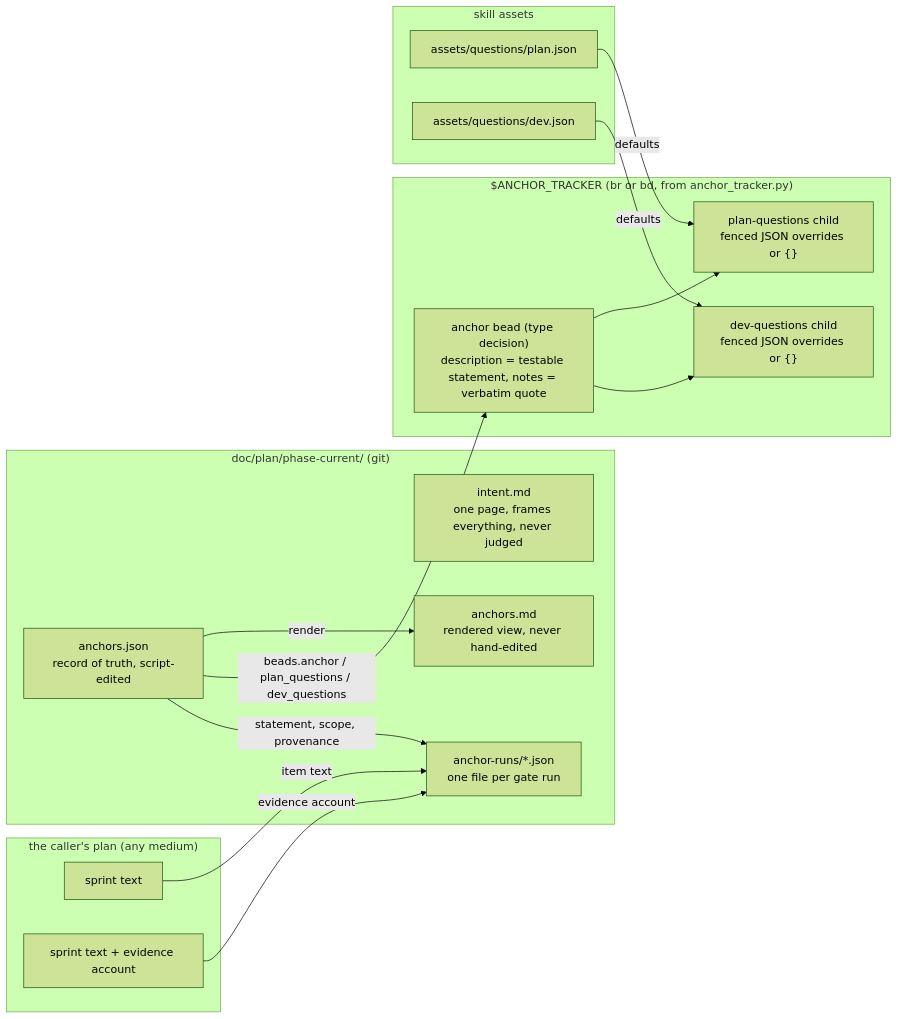
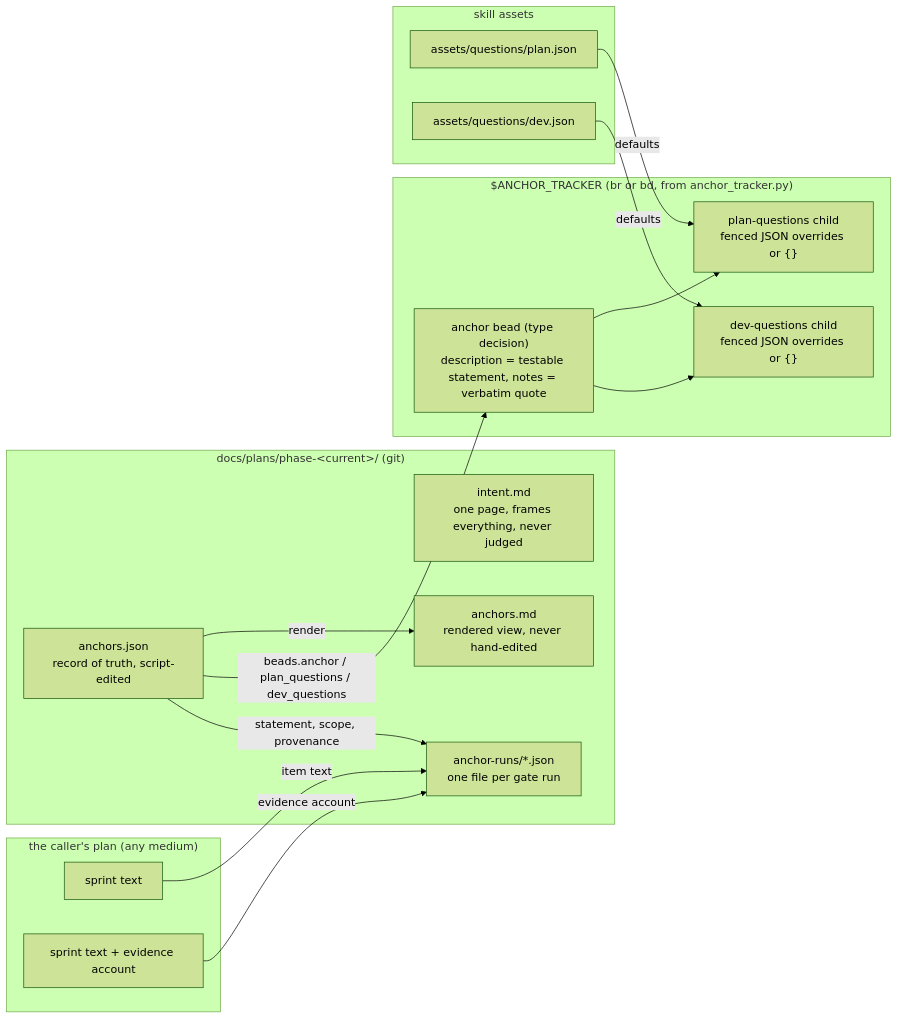
The first of 6 diagrams in docs/design/data-model-and-gating.md (randlee/plan-anchor), drawn with Mermaid (forest theme) before and after one commit. The commit also changed 50 other files, not shown here.

First line of the commit message:
fix: anchor record lives in docs/plans/phase-<current>, named by plan_dir (0.8.6)

````diff
--- a/docs/design/data-model-and-gating.md
+++ b/docs/design/data-model-and-gating.md
@@ -7,31 +7,31 @@
 ```mermaid
 flowchart LR
-    subgraph Plan["doc/plan/phase-current/ (git)"]
+    subgraph Plan["docs/plans/phase-#lt;current#gt;/ (git)"]
         Intent["intent.md<br/>one page, frames everything, never judged"]
         Rec["anchors.json<br/>record of truth, script-edited"]
         Md["anchors.md<br/>rendered view, never hand-edited"]
         Runs["anchor-runs/*.json<br/>one file per gate run"]
     end
     subgraph Beads["$ANCHOR_TRACKER (br or bd, from anchor_tracker.py)"]
         AB["anchor bead (type decision)<br/>description = testable statement, notes = verbatim quote"]
         PQ["plan-questions child<br/>fenced JSON overrides or {}"]
         DQ["dev-questions child<br/>fenced JSON overrides or {}"]
     end
     subgraph Caller["the caller's plan (any medium)"]
         PB["sprint text"]
         SB["sprint text + evidence account"]
     end
     subgraph SkillAssets["skill assets"]
         QP["assets/questions/plan.json"]
         QD["assets/questions/dev.json"]
     end
     Rec -- "render" --> Md
     Rec -- "beads.anchor / plan_questions / dev_questions" --> AB
     AB --> PQ
     AB --> DQ
     QP -- "defaults" --> PQ
     QD -- "defaults" --> DQ
     PB -- "item text" --> Runs
     SB -- "evidence account" --> Runs
     Rec -- "statement, scope, provenance" --> Runs
 ```
````
